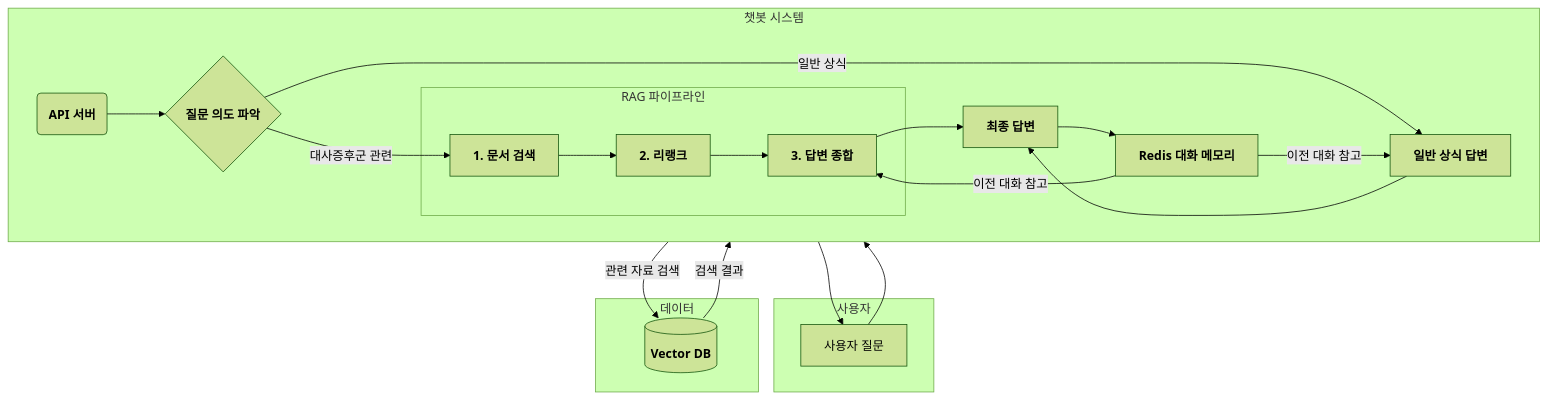
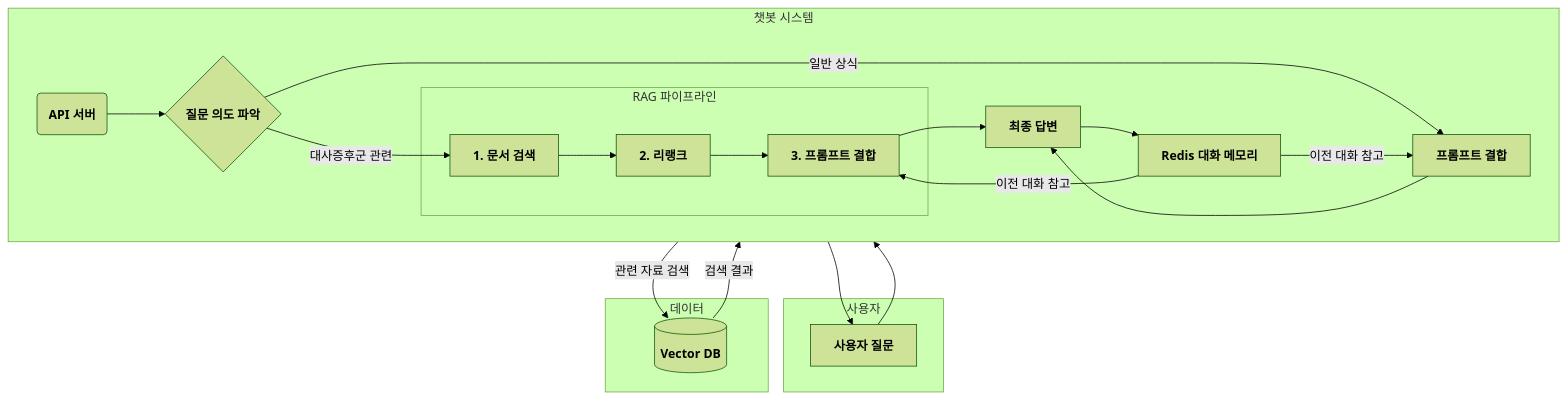
The diagram in README.md (pakyeon/rag-metabolic-syndrome-chatbot), drawn with Mermaid (forest theme) before and after one commit.

Commit message:
README 아키텍쳐 부분 수정

````diff
--- a/README.md
+++ b/README.md
@@ -36,38 +36,38 @@
 ```mermaid
 graph TD
     subgraph "사용자"
-        Q[사용자 질문]
+        Q[<B>사용자 질문</B>]
     end
 
     subgraph "챗봇 시스템"
         A(<b>API 서버</b>)
         B{<B>질문 의도 파악</B>};
         M[<b>Redis 대화 메모리</b>]
         
         direction LR
         subgraph "RAG 파이프라인"
-            C[<B>1. 문서 검색</B>] --> D[<B>2. 리랭크</B>] --> E[<B>3. 답변 종합</B>];
+            C[<B>1. 문서 검색</B>] --> D[<B>2. 리랭크</B>] --> E[<B>3. 프롬프트 결합</B>];
         end
 
-        F[<B>일반 상식 답변</B>]
+        F[<B>프롬프트 결합</B>]
         G[<B>최종 답변</B>]
     end
 
     subgraph "데이터"
       DB[(<B>Vector DB</B>)]
     end
 
     %% --- 연결 관계 ---
     Q --> A;
     A --> B;
     B -- "대사증후군 관련" --> C;
     C -- "관련 자료 검색" --> DB;
     DB -- "검색 결과" --> C
     M -- "이전 대화 참고" --> E;
     E --> G;
     B -- "일반 상식" --> F;
     M -- "이전 대화 참고" --> F;
     F --> G;
     G --> M;
     G --> Q;
 ```
````
